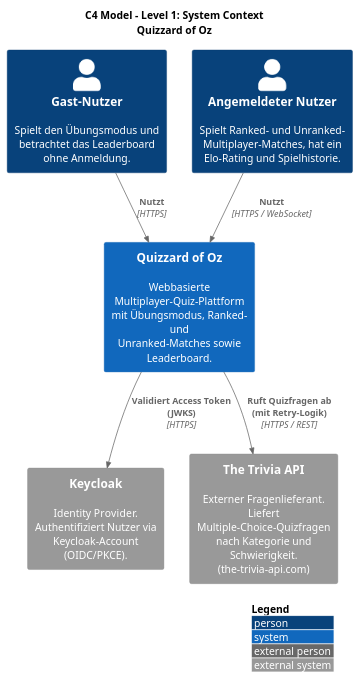
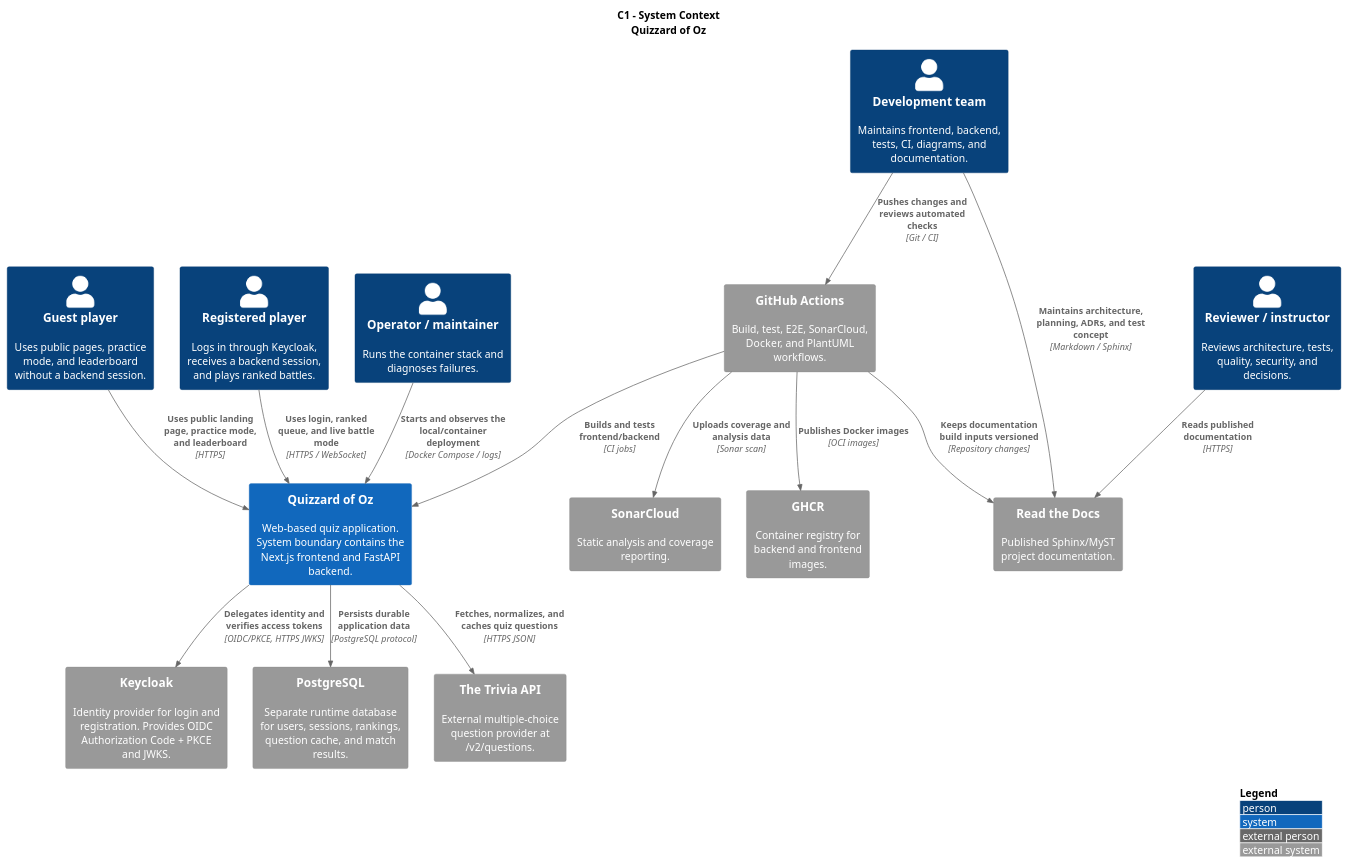
Before and after one commit to Gravefax/Quizzard-of-Oz: the diagram in docs/c4/c1_context.puml, drawn with PlantUML. The commit also changed 17 other files, not shown here.

```diff
--- a/docs/c4/c1_context.puml
+++ b/docs/c4/c1_context.puml
@@ -1,24 +1,40 @@
 @startuml C1_Context
 !include https://raw.githubusercontent.com/plantuml-stdlib/C4-PlantUML/master/C4_Context.puml
 
 LAYOUT_WITH_LEGEND()
 
-title C4 Model - Level 1: System Context\nQuizzard of Oz
+title C1 - System Context\nQuizzard of Oz
 
-Person(guest, "Gast-Nutzer", "Spielt den Übungsmodus und\nbetrachtet das Leaderboard\nohne Anmeldung.")
+Person(guest, "Guest player", "Uses public pages, practice mode, and leaderboard without a backend session.")
+Person(registered, "Registered player", "Logs in through Keycloak, receives a backend session, and plays ranked battles.")
+Person(dev_team, "Development team", "Maintains frontend, backend, tests, CI, diagrams, and documentation.")
+Person(reviewer, "Reviewer / instructor", "Reviews architecture, tests, quality, security, and decisions.")
+Person(operator, "Operator / maintainer", "Runs the container stack and diagnoses failures.")
 
-Person(user, "Angemeldeter Nutzer", "Spielt Ranked- und Unranked-\nMultiplayer-Matches, hat ein\nElo-Rating und Spielhistorie.")
+System(quizzard, "Quizzard of Oz", "Web-based quiz application. System boundary contains the Next.js frontend and FastAPI backend.")
 
-System(quizzard, "Quizzard of Oz", "Webbasierte Multiplayer-Quiz-Plattform\nmit Übungsmodus, Ranked- und\nUnranked-Matches sowie Leaderboard.")
+System_Ext(keycloak, "Keycloak", "Identity provider for login and registration. Provides OIDC Authorization Code + PKCE and JWKS.")
+System_Ext(postgres, "PostgreSQL", "Separate runtime database for users, sessions, rankings, question cache, and match results.")
+System_Ext(trivia_api, "The Trivia API", "External multiple-choice question provider at /v2/questions.")
+System_Ext(github_actions, "GitHub Actions", "Build, test, E2E, SonarCloud, Docker, and PlantUML workflows.")
+System_Ext(sonarcloud, "SonarCloud", "Static analysis and coverage reporting.")
+System_Ext(ghcr, "GHCR", "Container registry for backend and frontend images.")
+System_Ext(readthedocs, "Read the Docs", "Published Sphinx/MyST project documentation.")
 
-System_Ext(keycloak, "Keycloak", "Identity Provider.\nAuthentifiziert Nutzer via\nKeycloak-Account (OIDC/PKCE).")
+Rel(guest, quizzard, "Uses public landing page, practice mode, and leaderboard", "HTTPS")
+Rel(registered, quizzard, "Uses login, ranked queue, and live battle mode", "HTTPS / WebSocket")
+Rel(operator, quizzard, "Starts and observes the local/container deployment", "Docker Compose / logs")
 
-System_Ext(trivia_api, "The Trivia API", "Externer Fragenlieferant.\nLiefert Multiple-Choice-Quizfragen\nnach Kategorie und Schwierigkeit.\n(the-trivia-api.com)")
+Rel(quizzard, keycloak, "Delegates identity and verifies access tokens", "OIDC/PKCE, HTTPS JWKS")
+Rel(quizzard, postgres, "Persists durable application data", "PostgreSQL protocol")
+Rel(quizzard, trivia_api, "Fetches, normalizes, and caches quiz questions", "HTTPS JSON")
 
-Rel(guest, quizzard, "Nutzt", "HTTPS")
-Rel(user, quizzard, "Nutzt", "HTTPS / WebSocket")
-
-Rel(quizzard, keycloak, "Validiert Access Token (JWKS)", "HTTPS")
-Rel(quizzard, trivia_api, "Ruft Quizfragen ab\n(mit Retry-Logik)", "HTTPS / REST")
+Rel(dev_team, github_actions, "Pushes changes and reviews automated checks", "Git / CI")
+Rel(github_actions, quizzard, "Builds and tests frontend/backend", "CI jobs")
+Rel(github_actions, sonarcloud, "Uploads coverage and analysis data", "Sonar scan")
+Rel(github_actions, ghcr, "Publishes Docker images", "OCI images")
+Rel(github_actions, readthedocs, "Keeps documentation build inputs versioned", "Repository changes")
+Rel(reviewer, readthedocs, "Reads published documentation", "HTTPS")
+Rel(dev_team, readthedocs, "Maintains architecture, planning, ADRs, and test concept", "Markdown / Sphinx")
 
 @enduml
```
